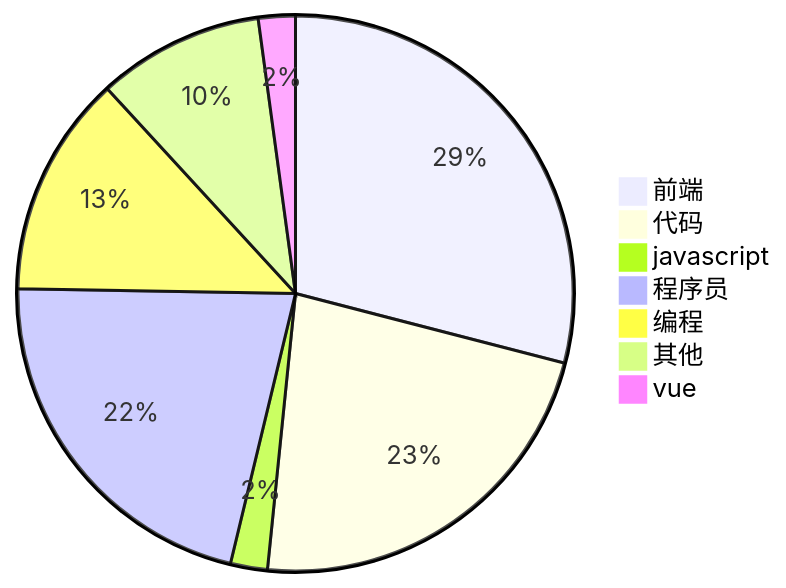
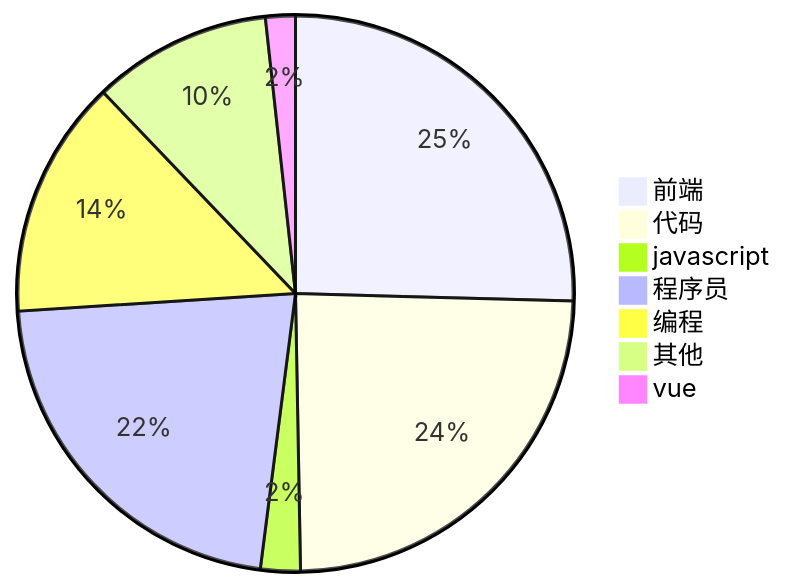
Before and after one commit to xieerduos/xieerduos.github.io: the diagram in douyin/RankingList.md, drawn with Mermaid. The commit also changed other lines of this file, not shown here.

````diff
--- a/douyin/RankingList.md
+++ b/douyin/RankingList.md
@@ -73,10 +73,10 @@
 ```Mermaid
 pie title 
-    "前端" : 54
+    "前端" : 44
     "代码" : 42
     "javascript" : 4
-    "程序员" : 40
+    "程序员" : 38
     "编程" : 24
     "其他" : 18
-    "vue" : 4
+    "vue" : 3
 ```
````
